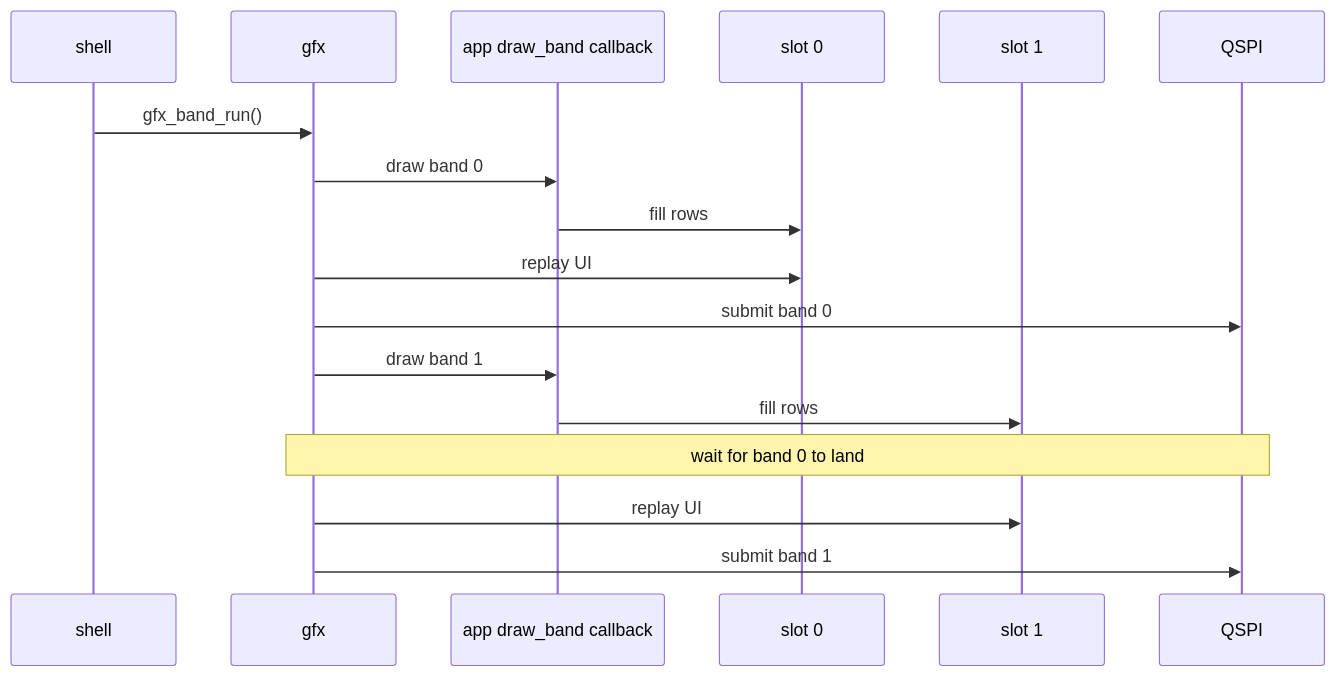
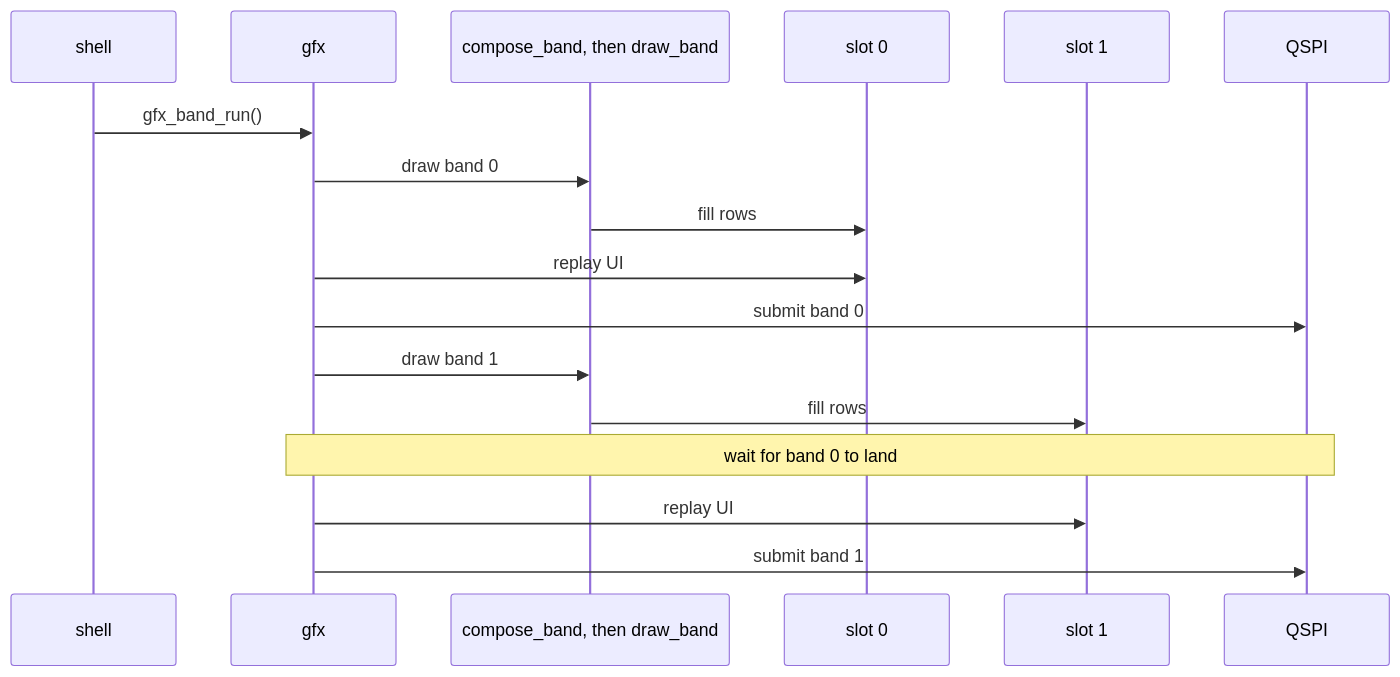
The fifth of 5 diagrams in docs/Gfx-and-Presentation.md (jose-villegas/autana), drawn with Mermaid before and after one commit. The commit also changed other lines of this file and 17 other files, not shown here.

````diff
--- a/docs/Gfx-and-Presentation.md
+++ b/docs/Gfx-and-Presentation.md
@@ -290,19 +291,19 @@
 ```mermaid
 sequenceDiagram
     participant S as shell
     participant G as gfx
-    participant A as app draw_band callback
+    participant A as compose_band, then draw_band
     participant S0 as slot 0
     participant S1 as slot 1
     participant Q as QSPI
     S->>G: gfx_band_run()
     G->>A: draw band 0
     A->>S0: fill rows
     G->>S0: replay UI
     G->>Q: submit band 0
     G->>A: draw band 1
     A->>S1: fill rows
     Note over G,Q: wait for band 0 to land
     G->>S1: replay UI
     G->>Q: submit band 1
 ```
````
